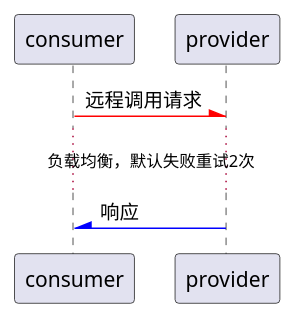
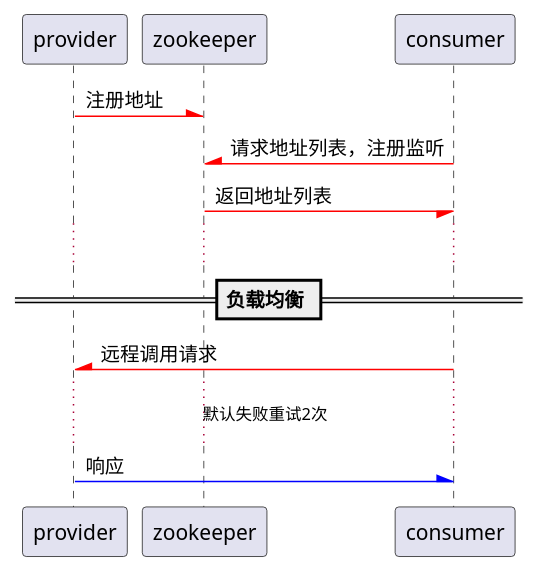
The diagram in dubbo/simple_no_zookeeper.puml (zhuliangcai/uml), drawn with PlantUML before and after one commit.

Commit message:
dubbo最简单流程图uml

```diff
--- a/dubbo/simple_no_zookeeper.puml
+++ b/dubbo/simple_no_zookeeper.puml
@@ -1,9 +1,19 @@
 @startuml
+
+provider -[#red]\ zookeeper : 注册地址
+
+consumer -[#red]\ zookeeper : 请求地址列表，注册监听
+
+consumer \-[#red] zookeeper : 返回地址列表
+
+...
+
+== 负载均衡 ==
 
 consumer -[#red]\ provider : 远程调用请求
 
-... 负载均衡，默认失败重试2次 ...
+... 默认失败重试2次 ...
 
 consumer /[#blue]- provider : 响应
 
 @enduml
```
